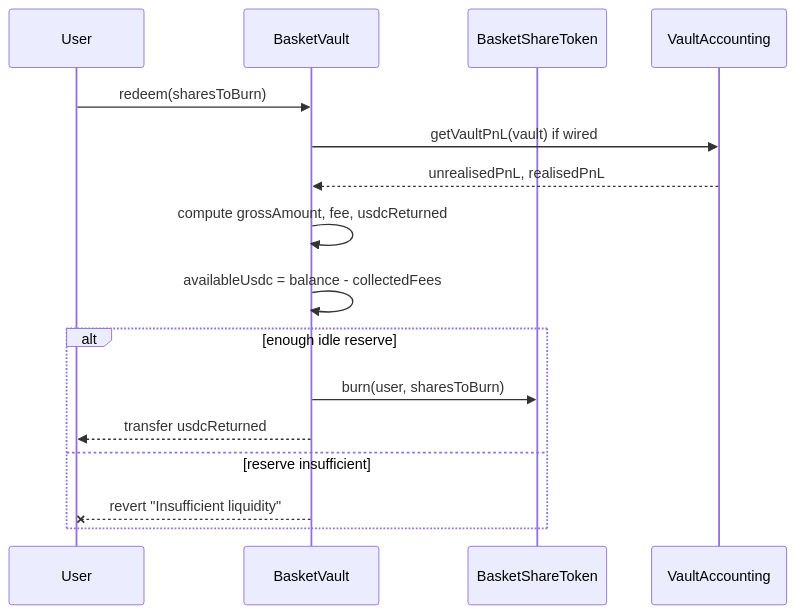
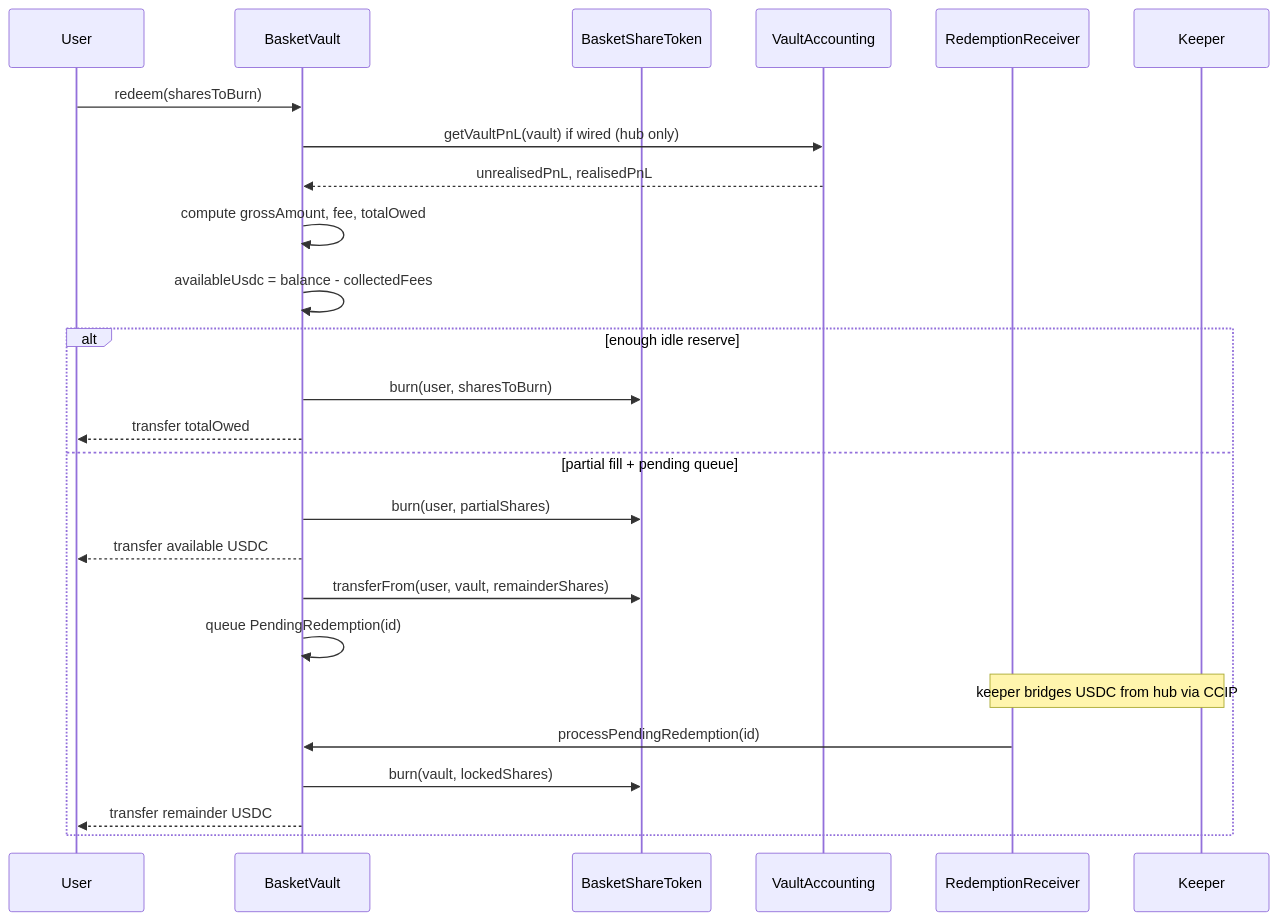
One commit to reubenr0d/indexflow-prototype changed the third of 11 diagrams in docs/TECHNICAL_ARCHITECTURE_AND_ROADMAP.md. Above: the diagram before and after it, drawn with Mermaid. The commit also changed other lines of this file and 102 other files, not shown here.

````diff
--- a/docs/TECHNICAL_ARCHITECTURE_AND_ROADMAP.md
+++ b/docs/TECHNICAL_ARCHITECTURE_AND_ROADMAP.md
@@ -193,19 +216,28 @@
 ```mermaid
 sequenceDiagram
     participant User
     participant BasketVault
     participant ShareToken as BasketShareToken
     participant Perp as VaultAccounting
+    participant RR as RedemptionReceiver
+    participant Keeper
 
     User->>BasketVault: redeem(sharesToBurn)
-    BasketVault->>Perp: getVaultPnL(vault) if wired
+    BasketVault->>Perp: getVaultPnL(vault) if wired (hub only)
     Perp-->>BasketVault: unrealisedPnL, realisedPnL
-    BasketVault->>BasketVault: compute grossAmount, fee, usdcReturned
+    BasketVault->>BasketVault: compute grossAmount, fee, totalOwed
     BasketVault->>BasketVault: availableUsdc = balance - collectedFees
     alt enough idle reserve
         BasketVault->>ShareToken: burn(user, sharesToBurn)
-        BasketVault-->>User: transfer usdcReturned
-    else reserve insufficient
-        BasketVault--x User: revert "Insufficient liquidity"
+        BasketVault-->>User: transfer totalOwed
+    else partial fill + pending queue
+        BasketVault->>ShareToken: burn(user, partialShares)
+        BasketVault-->>User: transfer available USDC
+        BasketVault->>ShareToken: transferFrom(user, vault, remainderShares)
+        BasketVault->>BasketVault: queue PendingRedemption(id)
+        Note over Keeper,RR: keeper bridges USDC from hub via CCIP
+        RR->>BasketVault: processPendingRedemption(id)
+        BasketVault->>ShareToken: burn(vault, lockedShares)
+        BasketVault-->>User: transfer remainder USDC
     end
 ```
````
